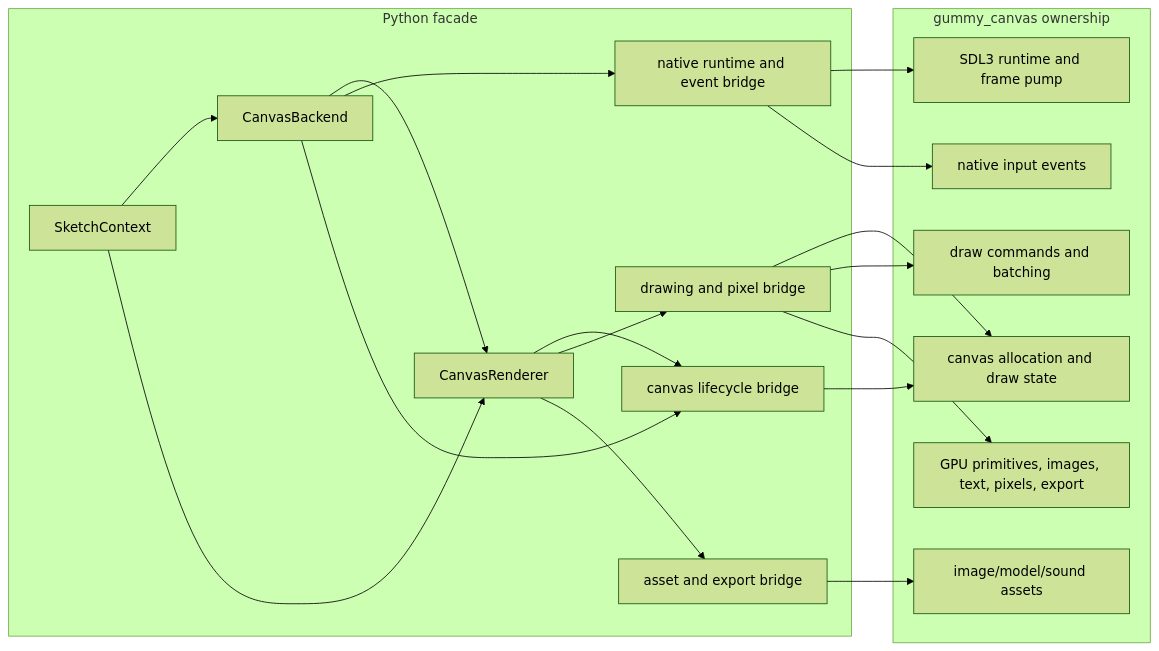
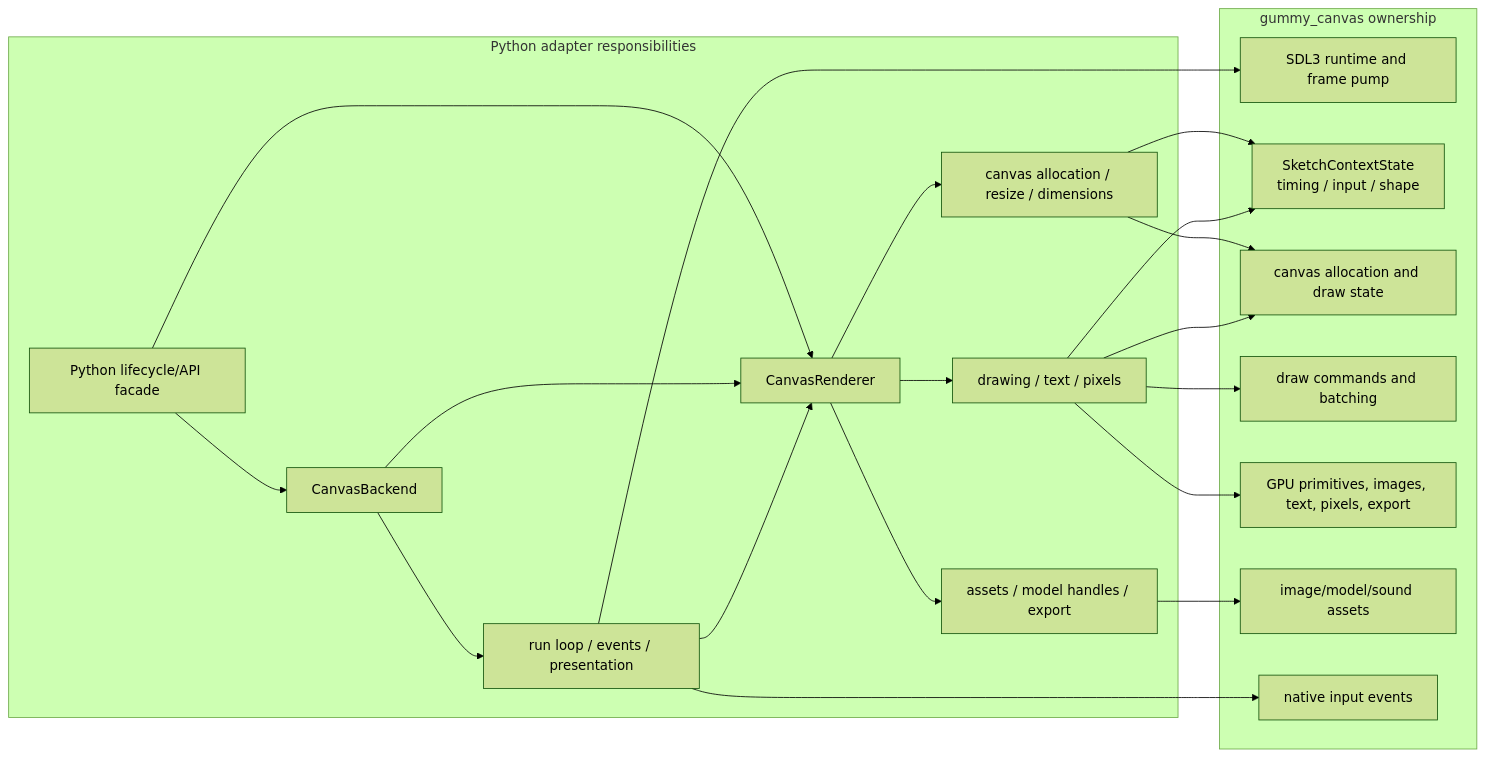
Before and after one commit to JonathanHHenson/gummy_snake: the first of 2 diagrams in docs/contribute/backend_renderer.md, drawn with Mermaid (forest theme). The commit also changed other lines of this file and 16 other files, not shown here.

Commit message:
Move sketch state into Rust canvas runtime

````diff
--- a/docs/contribute/backend_renderer.md
+++ b/docs/contribute/backend_renderer.md
@@ -6,37 +6,40 @@
 ```mermaid
 flowchart LR
-    subgraph Python["Python facade"]
-        Context[SketchContext]
+    subgraph Python["Python adapter responsibilities"]
+        ApiFacade[Python lifecycle/API facade]
         Backend[CanvasBackend]
         Renderer[CanvasRenderer]
-        RuntimeBridge[native runtime and event bridge]
-        CanvasBridge[canvas lifecycle bridge]
-        DrawBridge[drawing and pixel bridge]
-        AssetBridge[asset and export bridge]
+        RuntimeAdapter[run loop / events / presentation]
+        CanvasAdapter[canvas allocation / resize / dimensions]
+        DrawAdapter[drawing / text / pixels]
+        AssetAdapter[assets / model handles / export]
     end
 
     subgraph Rust["gummy_canvas ownership"]
         Runtime[SDL3 runtime and frame pump]
+        ContextState[SketchContextState<br/>timing / input / shape]
         Canvas[canvas allocation and draw state]
         Commands[draw commands and batching]
         Drawing[GPU primitives, images, text, pixels, export]
         Assets[image/model/sound assets]
         Events[native input events]
     end
 
-    Context --> Backend
-    Context --> Renderer
+    ApiFacade --> Backend
+    ApiFacade --> Renderer
     Backend --> Renderer
-    Backend --> RuntimeBridge
-    Backend --> CanvasBridge
-    Renderer --> CanvasBridge
-    Renderer --> DrawBridge
-    Renderer --> AssetBridge
-    RuntimeBridge --> Runtime
-    RuntimeBridge --> Events
-    CanvasBridge --> Canvas
-    DrawBridge --> Canvas
-    DrawBridge --> Commands
-    DrawBridge --> Drawing
-    AssetBridge --> Assets
+    Backend --> RuntimeAdapter
+    RuntimeAdapter --> Renderer
+    Renderer --> CanvasAdapter
+    Renderer --> DrawAdapter
+    Renderer --> AssetAdapter
+    RuntimeAdapter --> Runtime
+    RuntimeAdapter --> Events
+    CanvasAdapter --> ContextState
+    DrawAdapter --> ContextState
+    CanvasAdapter --> Canvas
+    DrawAdapter --> Canvas
+    DrawAdapter --> Commands
+    DrawAdapter --> Drawing
+    AssetAdapter --> Assets
 ```
````
